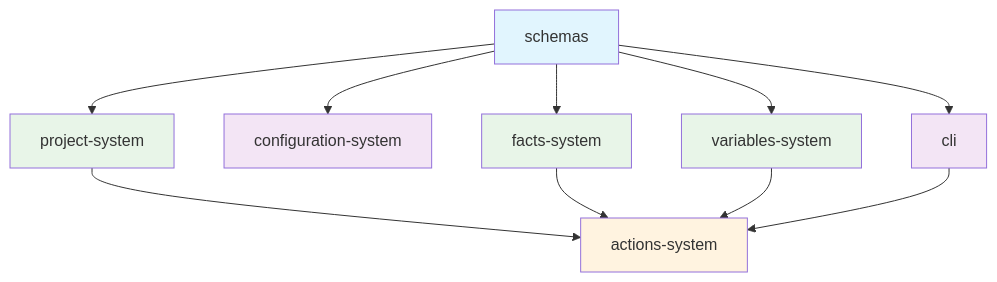
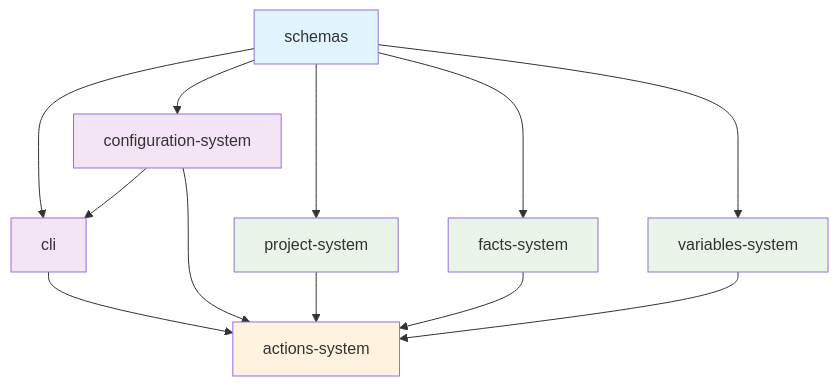
Before and after one commit to snassar/spooky: the diagram in docs/design/spooky-design.md, drawn with Mermaid.

Commit message:
Updated graph

````diff
--- a/docs/design/spooky-design.md
+++ b/docs/design/spooky-design.md
@@ -66,20 +66,22 @@
 ```mermaid
 graph TD
     A[schemas] --> B[cli]
     A --> C[configuration-system]
     A --> D[project-system]
     A --> E[facts-system]
     A --> F[variables-system]
-    D --> G[actions-system]
+    C --> B
+    C --> G[actions-system]
+    D --> G
     E --> G
     F --> G
     B --> G
     
     style A fill:#e1f5fe
     style B fill:#f3e5f5
     style C fill:#f3e5f5
     style D fill:#e8f5e8
     style E fill:#e8f5e8
     style F fill:#e8f5e8
     style G fill:#fff3e0
 ```
````
